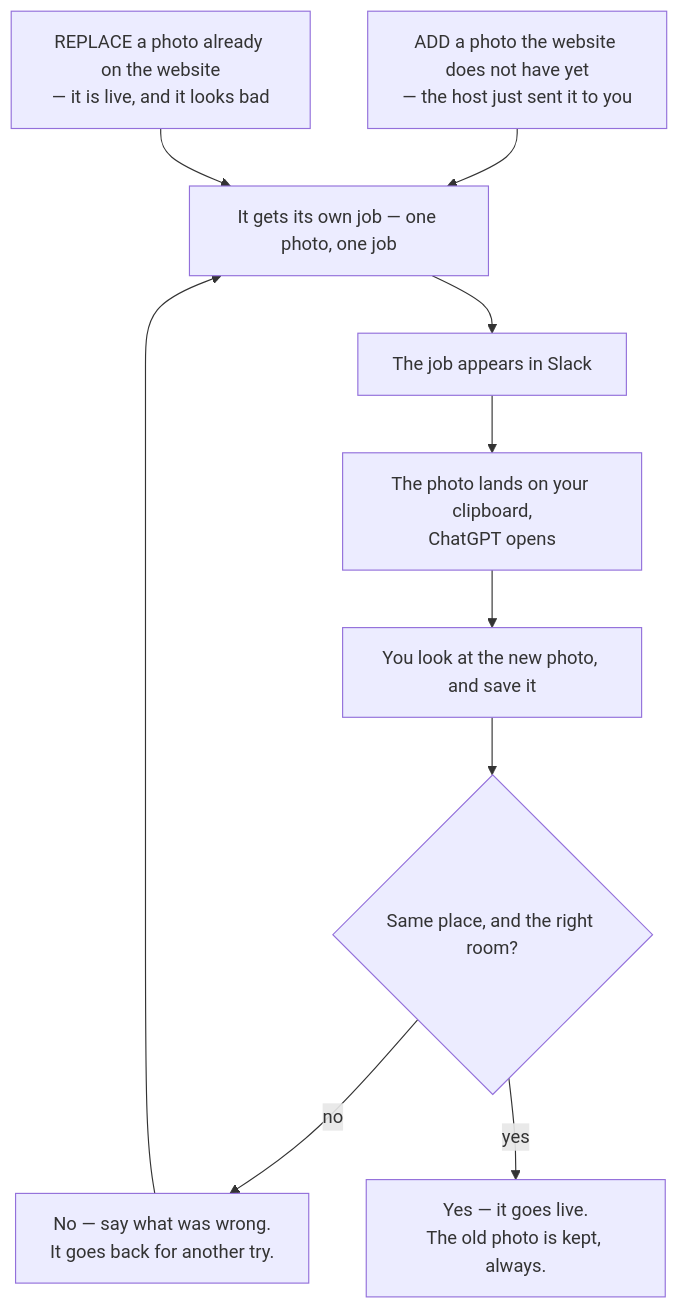
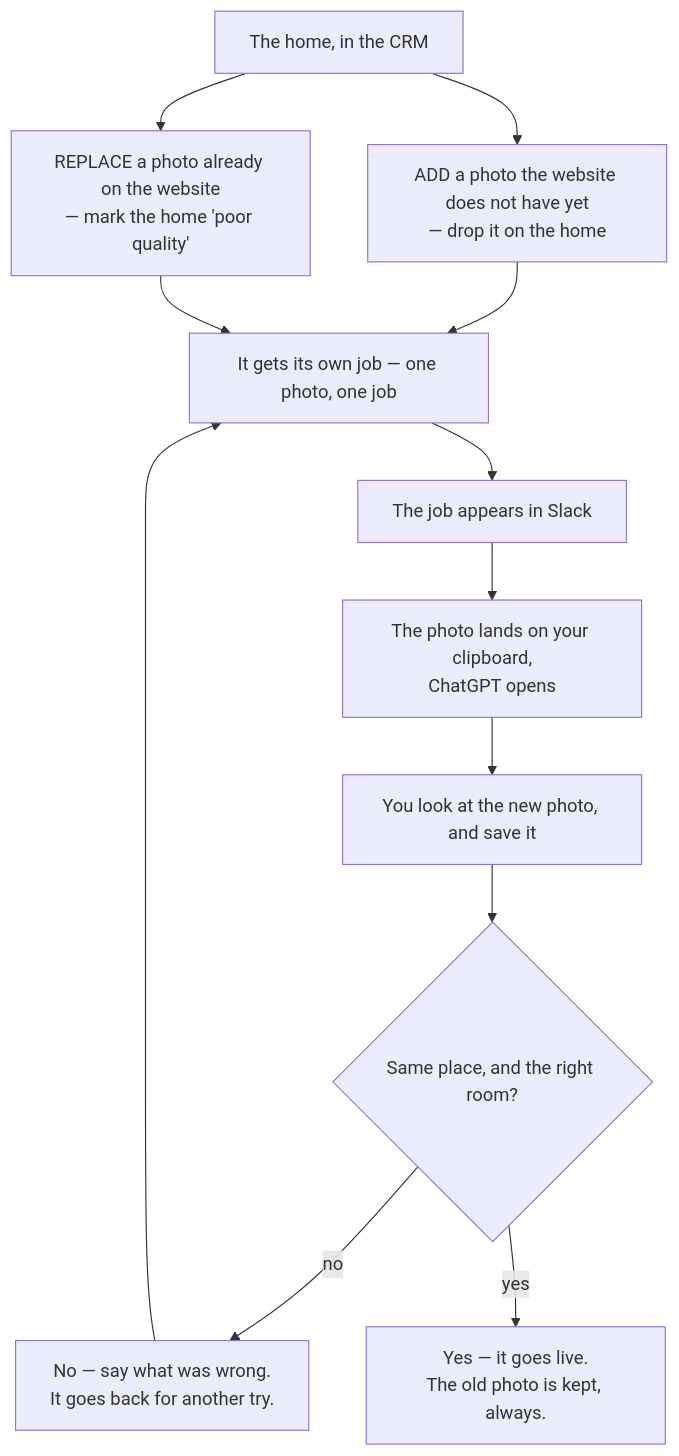
One commit to databayt/kun changed the second of 2 diagrams in content/docs/master.mdx. Above: the diagram before and after it, drawn with Mermaid. The commit also changed other lines of this file, not shown here.

First line of the commit message:
docs(master): the CRM is the hub, so the page says so first

````diff
--- a/content/docs/master.mdx
+++ b/content/docs/master.mdx
@@ -15,18 +41,21 @@
 ```mermaid
 graph TD
-    A1["ADD a photo the website does not have yet<br/>— the host just sent it to you"]
-    A2["REPLACE a photo already on the website<br/>— it is live, and it looks bad"]
+    CRM["The home, in the CRM"]
+    A1["ADD a photo the website does not have yet<br/>— drop it on the home"]
+    A2["REPLACE a photo already on the website<br/>— mark the home 'poor quality'"]
     B["It gets its own job — one photo, one job"]
     C["The job appears in Slack"]
     D["The photo lands on your clipboard,<br/>ChatGPT opens"]
     E["You look at the new photo, and save it"]
     F{"Same place, and the right room?"}
     G["No — say what was wrong.<br/>It goes back for another try."]
     H["Yes — it goes live.<br/>The old photo is kept, always."]
 
+    CRM --> A1
+    CRM --> A2
     A1 --> B
     A2 --> B
     B --> C --> D --> E --> F
     F -->|no| G --> B
     F -->|yes| H
 ```
````
